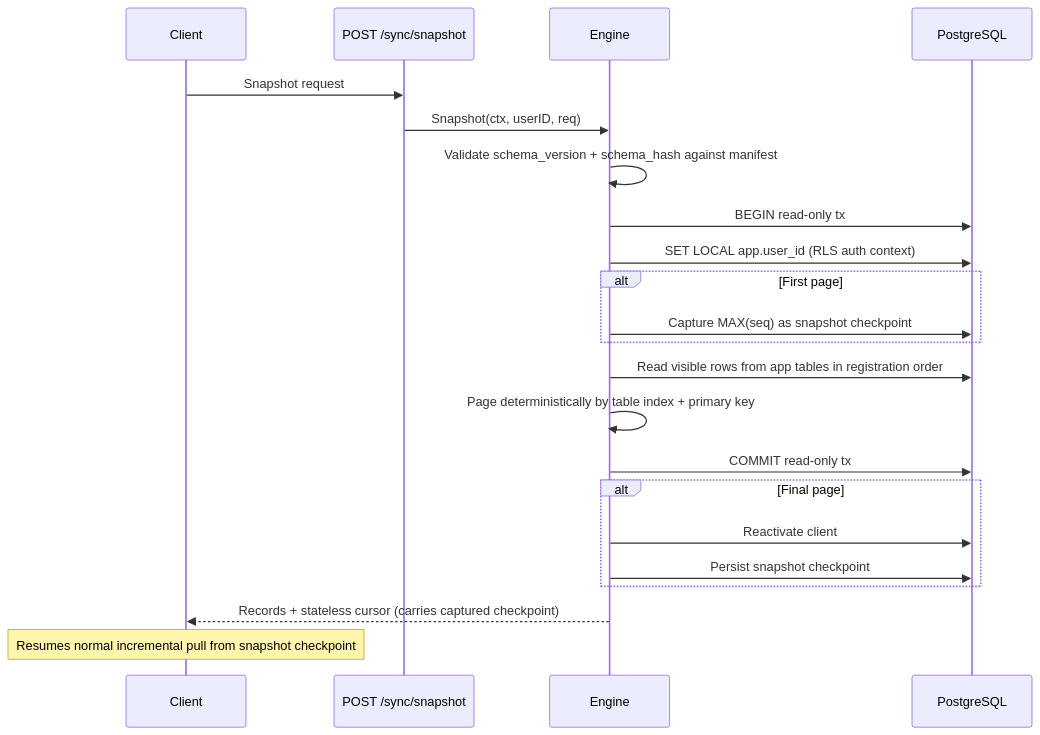
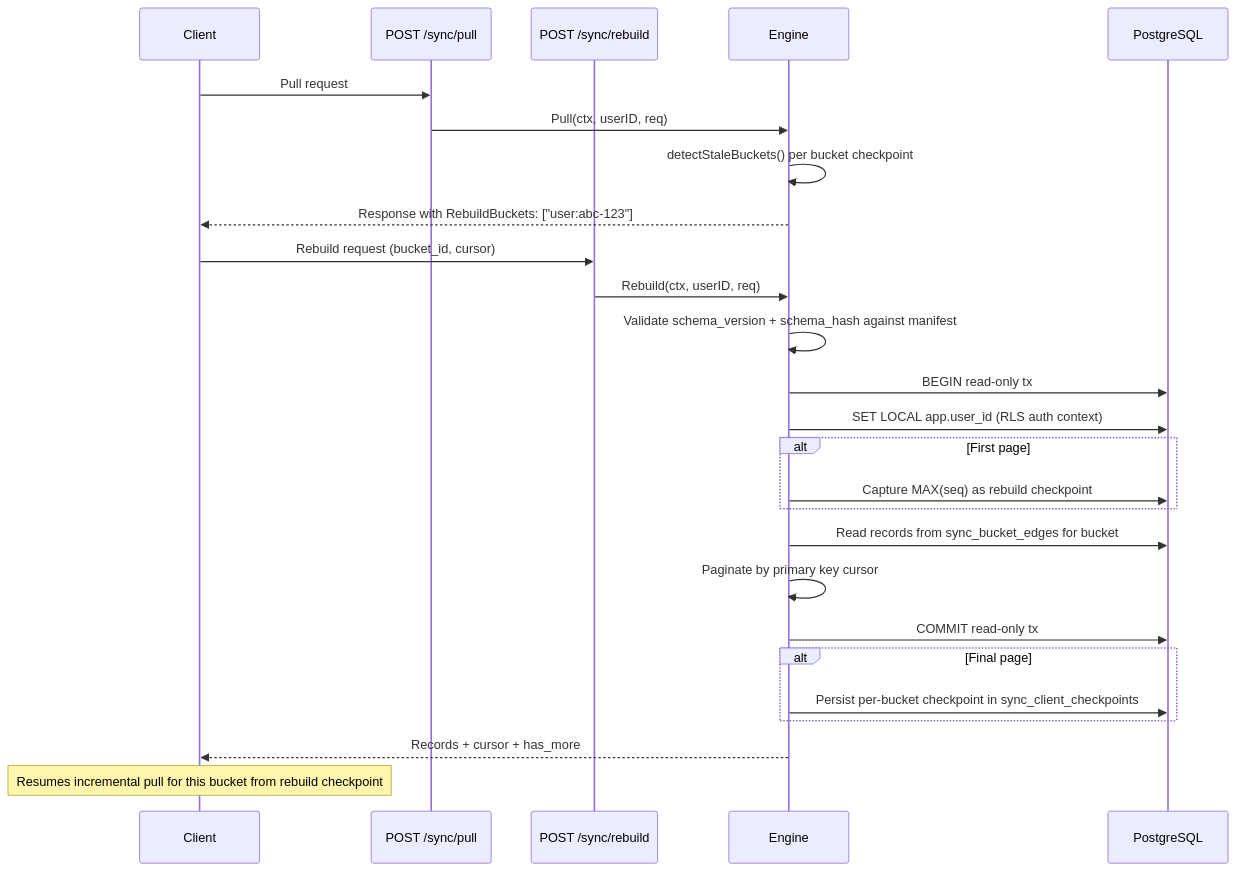
Before and after one commit to trainstar/synchro: the fourth of 4 diagrams in docs/src/content/docs/server/architecture.md, drawn with Mermaid. The commit also changed other lines of this file and 57 other files, not shown here.

First line of the commit message:
feat: add checksum verification, schema introspection, and client SDK pull/push enhancements

```diff
--- a/docs/src/content/docs/server/architecture.md
+++ b/docs/src/content/docs/server/architecture.md
@@ -206,32 +252,37 @@
 <pre class="mermaid">
 sequenceDiagram
     participant Client
-    participant Handler as POST /sync/snapshot
+    participant PullHandler as POST /sync/pull
+    participant RebuildHandler as POST /sync/rebuild
     participant Engine
     participant DB as PostgreSQL
 
-    Client->>Handler: Snapshot request
-    Handler->>Engine: Snapshot(ctx, userID, req)
+    Client->>PullHandler: Pull request
+    PullHandler->>Engine: Pull(ctx, userID, req)
+    Engine->>Engine: detectStaleBuckets() per bucket checkpoint
+    Engine-->>Client: Response with RebuildBuckets: ["user:abc-123"]
+
+    Client->>RebuildHandler: Rebuild request (bucket_id, cursor)
+    RebuildHandler->>Engine: Rebuild(ctx, userID, req)
     Engine->>Engine: Validate schema_version + schema_hash against manifest
 
     Engine->>DB: BEGIN read-only tx
     Engine->>DB: SET LOCAL app.user_id (RLS auth context)
 
     alt First page
-        Engine->>DB: Capture MAX(seq) as snapshot checkpoint
+        Engine->>DB: Capture MAX(seq) as rebuild checkpoint
     end
 
-    Engine->>DB: Read visible rows from app tables in registration order
-    Engine->>Engine: Page deterministically by table index + primary key
+    Engine->>DB: Read records from sync_bucket_edges for bucket
+    Engine->>Engine: Paginate by primary key cursor
 
     Engine->>DB: COMMIT read-only tx
 
     alt Final page
-        Engine->>DB: Reactivate client
-        Engine->>DB: Persist snapshot checkpoint
+        Engine->>DB: Persist per-bucket checkpoint in sync_client_checkpoints
     end
 
-    Engine-->>Client: Records + stateless cursor (carries captured checkpoint)
+    Engine-->>Client: Records + cursor + has_more
 
-    Note over Client: Resumes normal incremental pull from snapshot checkpoint
+    Note over Client: Resumes incremental pull for this bucket from rebuild checkpoint
 </pre>
```
